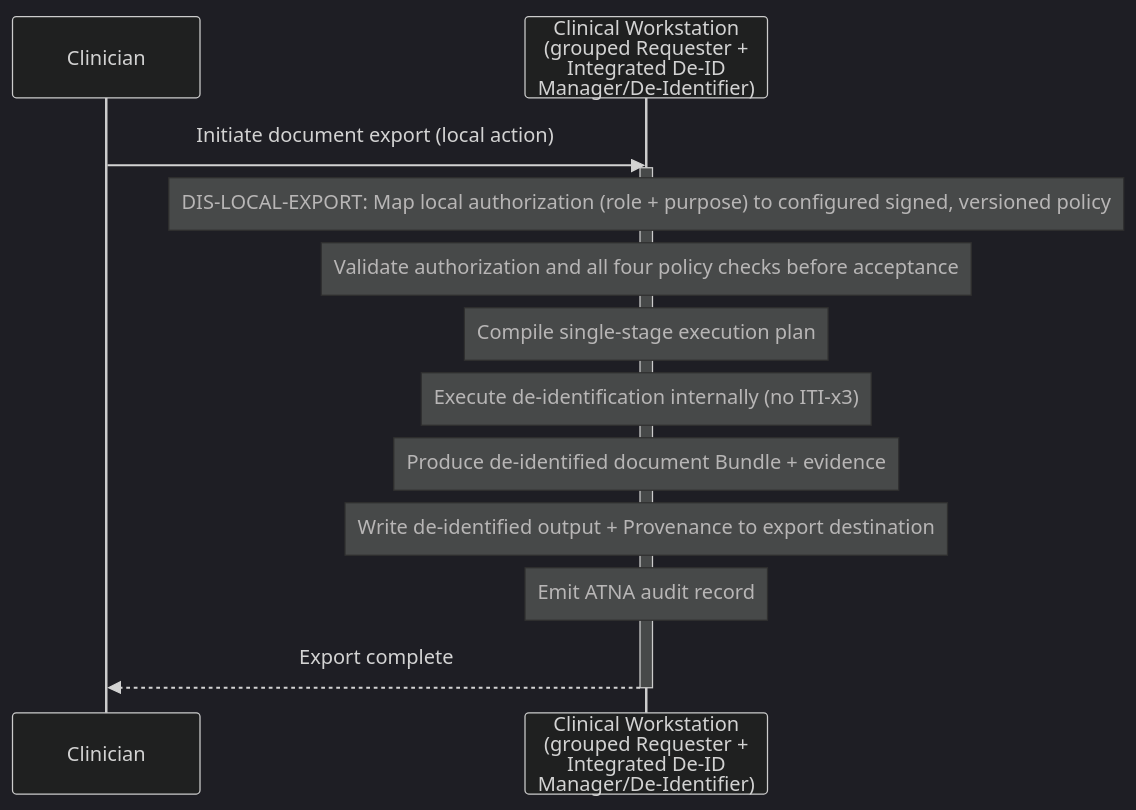
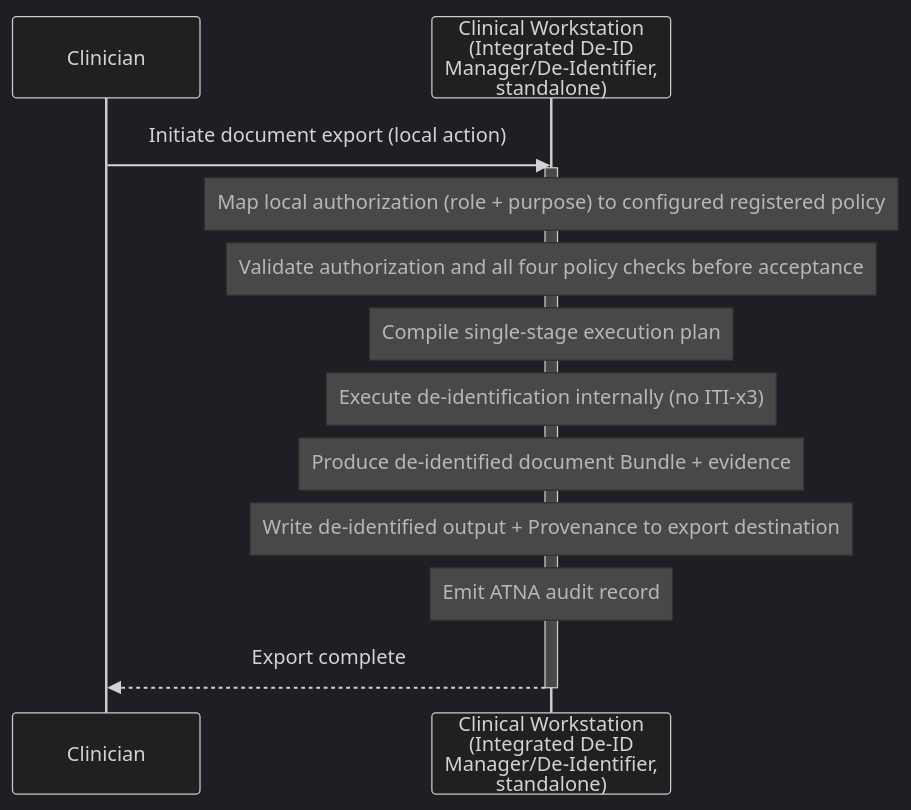
Before and after one commit to IHE/ITI.DIS: the sixth of 6 diagrams in input/pagecontent/volume-1.md, drawn with Mermaid (dark theme). The commit also changed other lines of this file and 1 other file, not shown here.

First line of the commit message:
Simplify conformance model: remove redundant options, make Integrated actor standalone-capable

````diff
--- a/input/pagecontent/volume-1.md
+++ b/input/pagecontent/volume-1.md
@@ -631,19 +595,19 @@
 ```mermaid
 sequenceDiagram
     participant CLI as Clinician
-    participant WS as Clinical Workstation<br/>(grouped Requester +<br/>Integrated De-ID<br/>Manager/De-Identifier)
+    participant WS as Clinical Workstation<br/>(Integrated De-ID<br/>Manager/De-Identifier,<br/>standalone)
 
     CLI->>WS: Initiate document export (local action)
     activate WS
-    Note over WS: DIS-LOCAL-EXPORT: Map local authorization (role + purpose) to configured signed, versioned policy
+    Note over WS: Map local authorization (role + purpose) to configured registered policy
     Note over WS: Validate authorization and all four policy checks before acceptance
     Note over WS: Compile single-stage execution plan
 
     Note over WS: Execute de-identification internally (no ITI-x3)
     Note over WS: Produce de-identified document Bundle + evidence
 
     Note over WS: Write de-identified output + Provenance to export destination
     Note over WS: Emit ATNA audit record
     WS-->>CLI: Export complete
     deactivate WS
 ```
````
